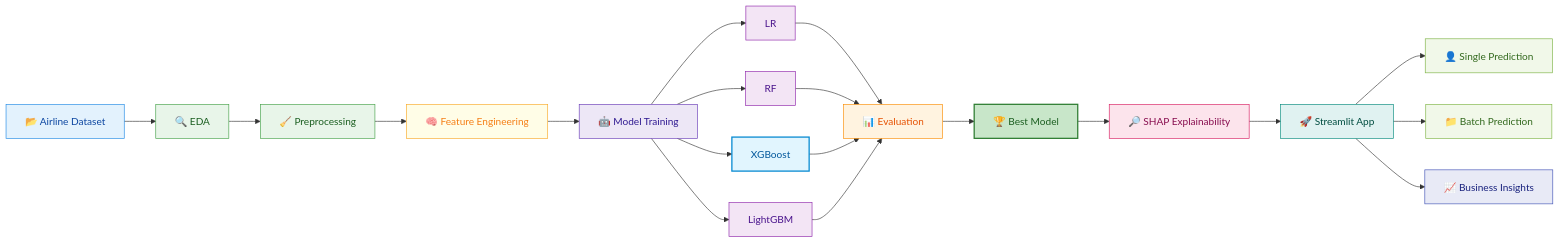
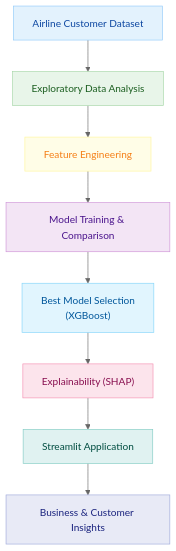
The diagram in README.md (VenkateshHJoshi/Airline-Customer-Satisfaction), drawn with Mermaid before and after one commit.

Commit message:
the flowchart is added in reame file

````diff
--- a/README.md
+++ b/README.md
@@ -3,50 +3,36 @@
 ```mermaid
-%%{init: {'theme': 'default', 'flowchart': {'curve': 'basis'}}}%%
-flowchart LR
+%%{init: {'theme': 'neutral'}}%%
+flowchart TD
 
-    %% DATA BLOCK
-    A["📂 Airline Dataset"]:::data --> B["🔍 EDA"]:::process
-    B --> C["🧹 Preprocessing"]:::process
-    C --> D["🧠 Feature Engineering"]:::feature
+    A["Airline Customer Dataset"]:::data
 
-    %% MODEL BLOCK
-    D --> E["🤖 Model Training"]:::model
-    E --> E1["LR"]:::modelAlt
-    E --> E2["RF"]:::modelAlt
-    E --> E3["XGBoost"]:::modelBest
-    E --> E4["LightGBM"]:::modelAlt
+    B["Exploratory Data Analysis"]:::process
+    C["Feature Engineering"]:::feature
 
-    %% SELECTION
-    E1 --> F["📊 Evaluation"]:::eval
-    E2 --> F
-    E3 --> F
-    E4 --> F
+    D["Model Training & Comparison"]:::model
+    E["Best Model Selection<br/>(XGBoost)"]:::best
 
-    F --> G["🏆 Best Model"]:::best
+    F["Explainability (SHAP)"]:::explain
 
-    %% DEPLOYMENT
-    G --> H["🔎 SHAP Explainability"]:::explain
-    H --> I["🚀 Streamlit App"]:::deploy
+    G["Streamlit Application"]:::deploy
+    H["Business & Customer Insights"]:::business
 
-    %% APP FEATURES
-    I --> I1["👤 Single Prediction"]:::app
-    I --> I2["📁 Batch Prediction"]:::app
+    %% FLOW
+    A --> B
+    B --> C
+    C --> D
+    D --> E
+    E --> F
+    F --> G
+    G --> H
 
-    %% BUSINESS
-    I --> J["📈 Business Insights"]:::business
-
-
-    %% STYLES
-    classDef data fill:#E3F2FD,stroke:#1E88E5,stroke-width:1px,color:#0D47A1
-    classDef process fill:#E8F5E9,stroke:#43A047,stroke-width:1px,color:#1B5E20
-    classDef feature fill:#FFFDE7,stroke:#F9A825,stroke-width:1px,color:#F57F17
-    classDef model fill:#EDE7F6,stroke:#673AB7,stroke-width:1px,color:#311B92
-    classDef modelAlt fill:#F3E5F5,stroke:#8E24AA,stroke-width:1px,color:#4A148C
-    classDef modelBest fill:#E1F5FE,stroke:#0288D1,stroke-width:2px,color:#01579B
-    classDef eval fill:#FFF3E0,stroke:#FB8C00,stroke-width:1px,color:#E65100
-    classDef best fill:#C8E6C9,stroke:#2E7D32,stroke-width:2px,color:#1B5E20
-    classDef explain fill:#FCE4EC,stroke:#D81B60,stroke-width:1px,color:#880E4F
-    classDef deploy fill:#E0F2F1,stroke:#00897B,stroke-width:1px,color:#004D40
-    classDef app fill:#F1F8E9,stroke:#7CB342,stroke-width:1px,color:#33691E
-    classDef business fill:#E8EAF6,stroke:#3F51B5,stroke-width:1px,color:#1A237E
+    %% STYLES (Soft, readable, premium)
+    classDef data fill:#E3F2FD,stroke:#90CAF9,color:#0D47A1
+    classDef process fill:#E8F5E9,stroke:#A5D6A7,color:#1B5E20
+    classDef feature fill:#FFFDE7,stroke:#FFF59D,color:#F57F17
+    classDef model fill:#F3E5F5,stroke:#CE93D8,color:#4A148C
+    classDef best fill:#E1F5FE,stroke:#81D4FA,color:#01579B
+    classDef explain fill:#FCE4EC,stroke:#F48FB1,color:#880E4F
+    classDef deploy fill:#E0F2F1,stroke:#80CBC4,color:#004D40
+    classDef business fill:#E8EAF6,stroke:#9FA8DA,color:#1A237E
 ```
````
